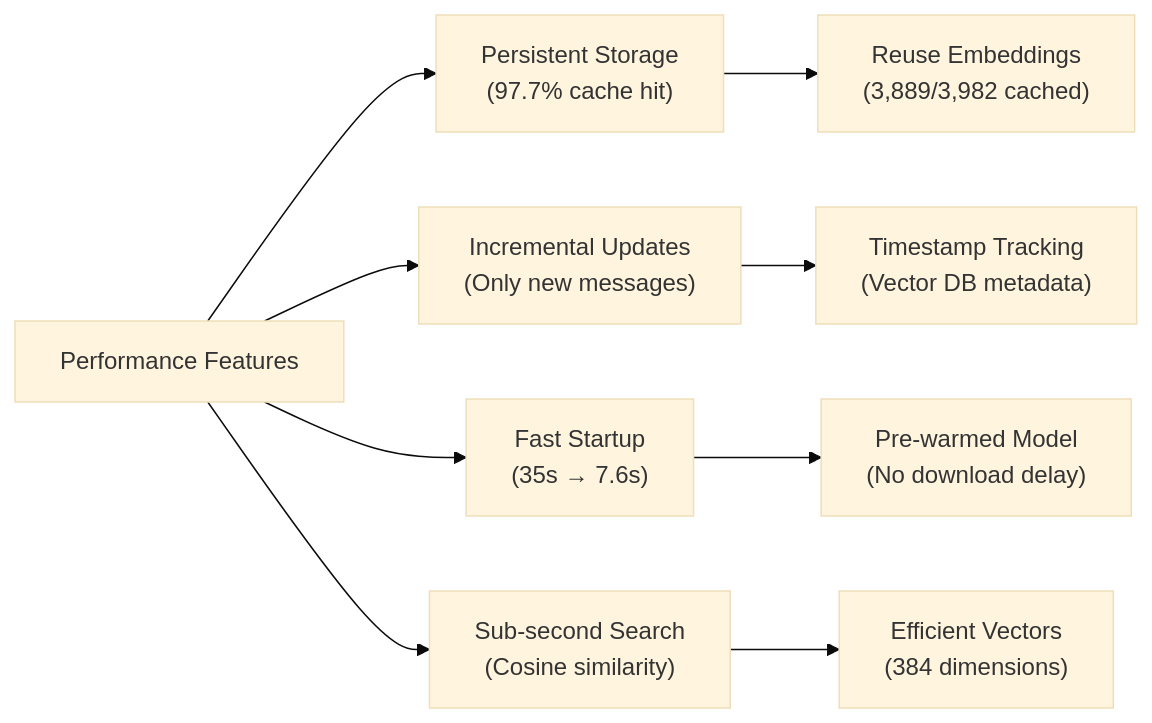
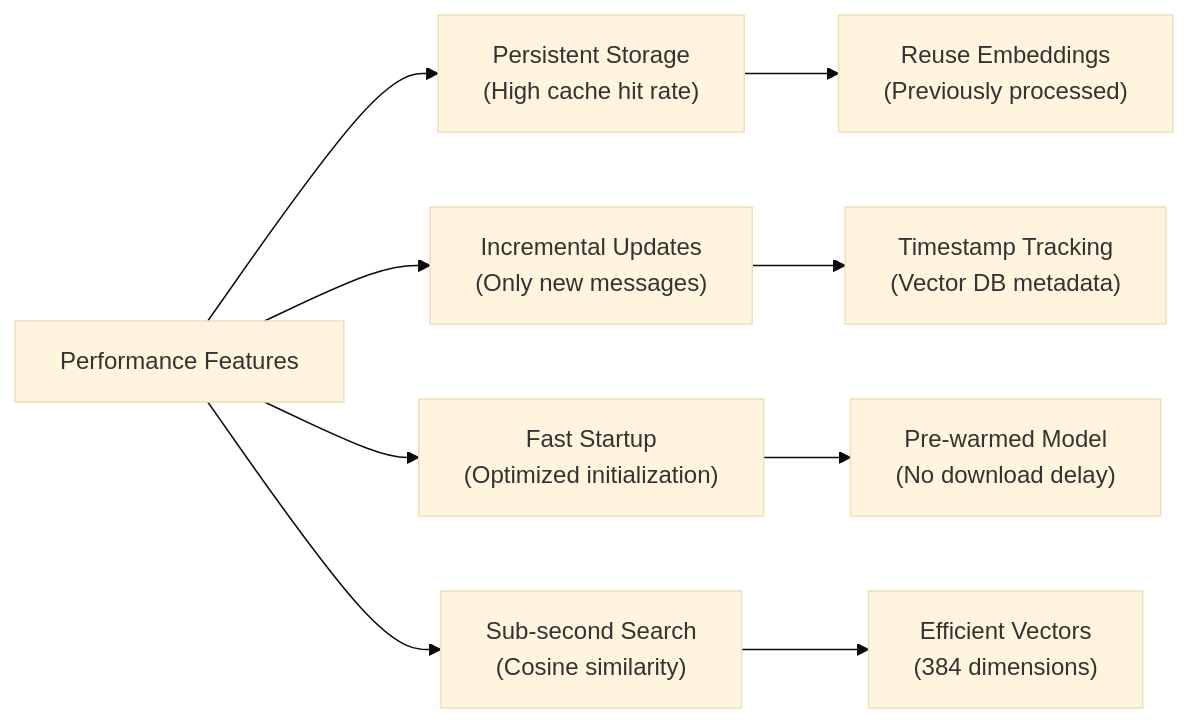
One commit to agentcluck77/msg-vector-search changed the fourth of 4 diagrams in README.md. Above: the diagram before and after it, drawn with Mermaid (base theme). The commit also changed other lines of this file, not shown here.

Commit message:
docs: Fix database key info and remove development-specific numbers from diagrams

````diff
--- a/README.md
+++ b/README.md
@@ -196,12 +184,12 @@
 ```mermaid
 graph LR
-    A["Performance Features"] --> B["Persistent Storage<br/>(97.7% cache hit)"]
+    A["Performance Features"] --> B["Persistent Storage<br/>(High cache hit rate)"]
     A --> C["Incremental Updates<br/>(Only new messages)"]
-    A --> D["Fast Startup<br/>(35s → 7.6s)"]
+    A --> D["Fast Startup<br/>(Optimized initialization)"]
     A --> E["Sub-second Search<br/>(Cosine similarity)"]
     
-    B --> F["Reuse Embeddings<br/>(3,889/3,982 cached)"]
+    B --> F["Reuse Embeddings<br/>(Previously processed)"]
     C --> G["Timestamp Tracking<br/>(Vector DB metadata)"]
     D --> H["Pre-warmed Model<br/>(No download delay)"]
     E --> I["Efficient Vectors<br/>(384 dimensions)"]
 ```
````
